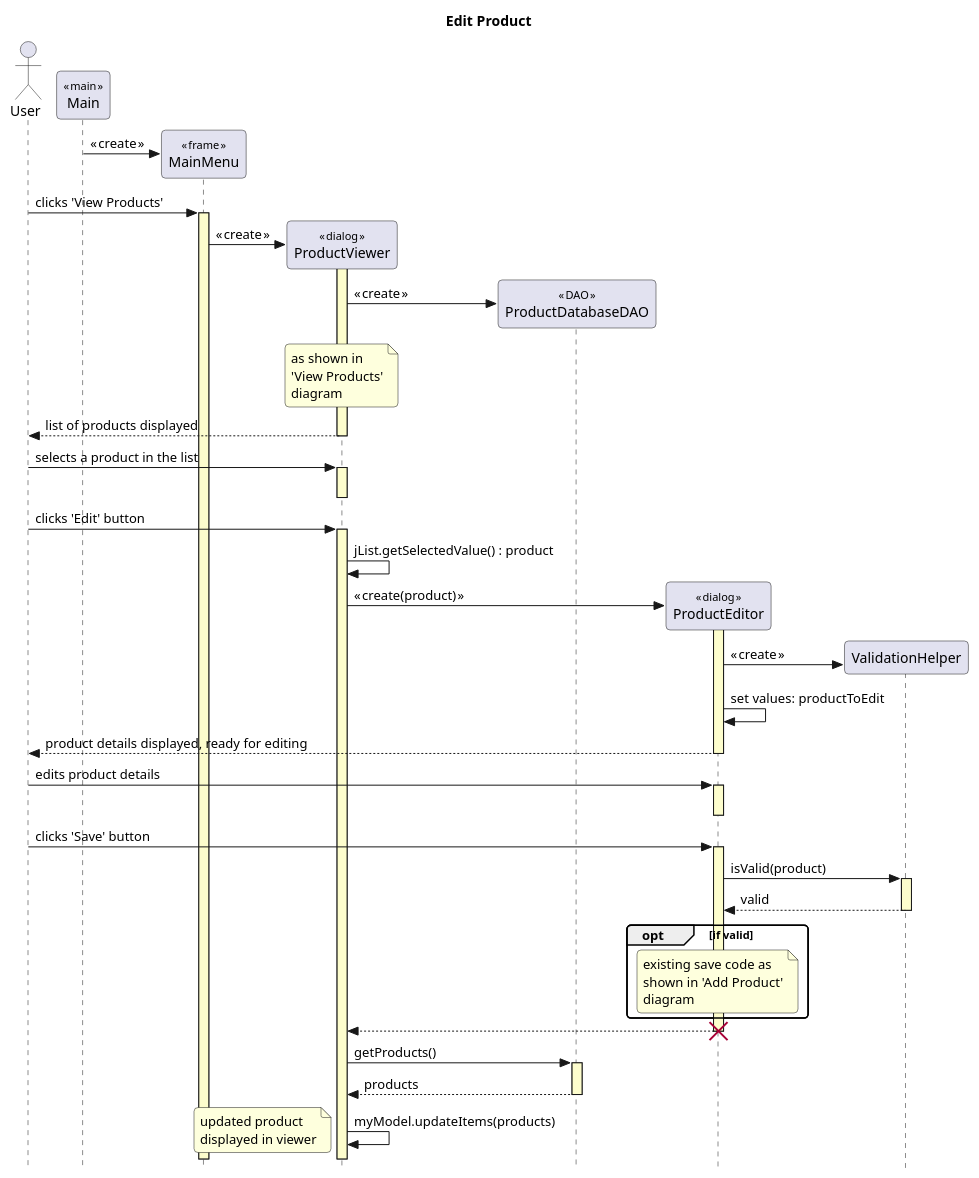
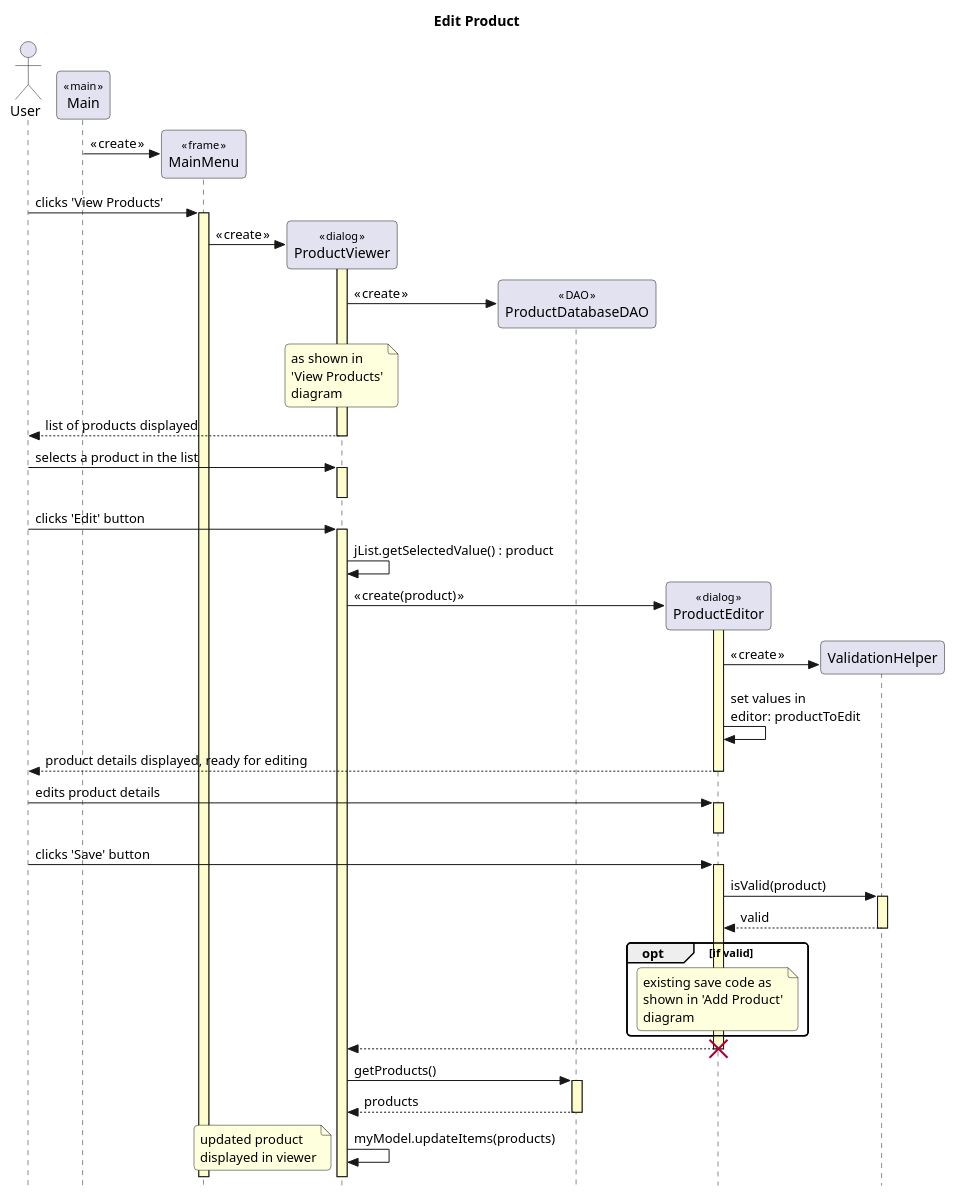
The diagram in editProduct.puml (ahudson20/INFO202), drawn with PlantUML before and after one commit. The commit also changed 1 other file, not shown here.

Commit message:
Minor tweaks to sequence diagrams. References #15

```diff
--- a/editProduct.puml
+++ b/editProduct.puml
@@ -1,105 +1,100 @@
 @startuml
 
 ' style tweaks to make the diagram a little more readable
 skinparam {
 	Style strictuml
 	RoundCorner 8
 
 	Sequence {
 		' make activations yellow too
 		LifeLineBackgroundColor #FDFDCD
 
 		' make stereotypes less ugly
 		Stereotype {
 			Font {
 				Size 11
 				Style plain
 			}
 		}
 	}
 
 	DatabaseBorderColor #A80036
 
 }
 
 title Edit Product
 
 actor User as user
 participant "Main" as main << main >>
 participant "MainMenu" as menu << frame >>
 participant "ProductViewer" as report << dialog >>
 participant "ProductDatabaseDAO" as dao << DAO >>
 participant "ProductEditor" as editor << dialog >>
 participant "ValidationHelper" as validator
 
 create menu
 main -> menu : « create »
 
 user -> menu : clicks 'View Products'
 activate menu
 
 create report
 menu -> report : « create »
 
 activate report
 create dao
 report -> dao: « create »
 
 
 note over report: as shown in\n'View Products'\ndiagram
 user <-- report : list of products displayed
 
 deactivate report
 
 user -> report++ : selects a product in the list
 report--
 
 user -> report : clicks 'Edit' button
 activate report
 
 report -> report : jList.getSelectedValue() : product
 
 create editor
 report -> editor++ : « create(product) »
 
 create validator
 editor -> validator : « create »
 
 
 
 
 ' your code goes here
 'note over editor #FF6666 : what happens here?
-editor -> editor : set values: productToEdit
-
-
-
-
-
+editor -> editor : set values in\neditor: productToEdit
 
 
 user <-- editor : product details displayed, ready for editing
 deactivate editor
 
 user -> editor++ : edits product details
 editor--
 
 user -> editor : clicks 'Save' button
 editor++
 editor -> validator++ : isValid(product)
 return valid
 opt if valid
 note over editor: existing save code as\nshown in 'Add Product'\ndiagram
 end
 editor --> report
 editor--
 destroy editor
 
 report -> dao++ : getProducts()
 return products
 
 report -> report : myModel.updateItems(products)
 
 note left: updated product\ndisplayed in viewer
 
 @enduml
```
